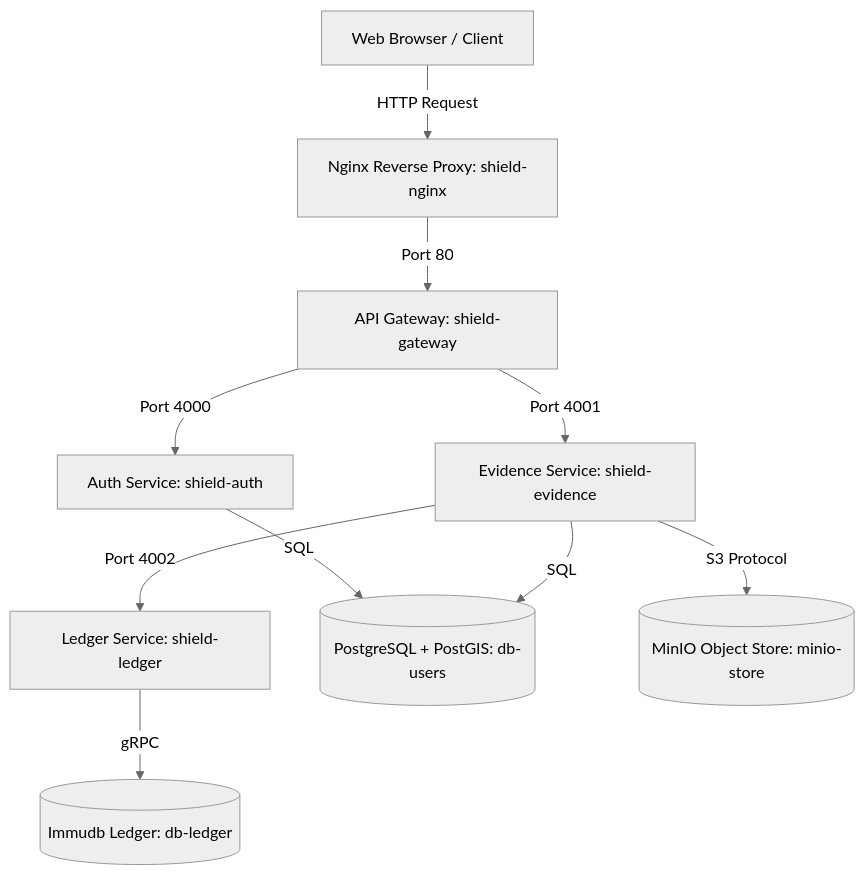
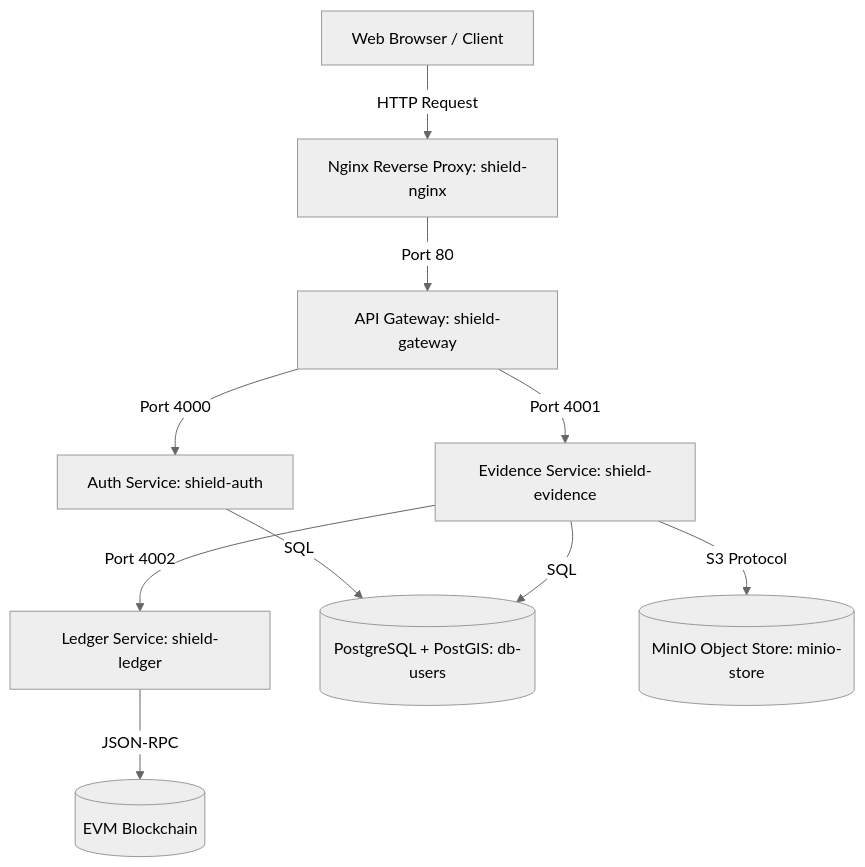
The diagram in DATABASE.md (NotTheAmmar/Shield), drawn with Mermaid (neutral theme) before and after one commit. The commit also changed other lines of this file and 30 other files, not shown here.

````diff
--- a/DATABASE.md
+++ b/DATABASE.md
@@ -7,13 +7,13 @@
 ```mermaid
 graph TD
     Client[Web Browser / Client] -->|HTTP Request| Proxy[Nginx Reverse Proxy: shield-nginx]
     Proxy -->|Port 80| Gateway[API Gateway: shield-gateway]
     Gateway -->|Port 4000| Auth[Auth Service: shield-auth]
     Gateway -->|Port 4001| Evidence[Evidence Service: shield-evidence]
     Evidence -->|Port 4002| Ledger[Ledger Service: shield-ledger]
 
     Auth -->|SQL| Postgres[(PostgreSQL + PostGIS: db-users)]
     Evidence -->|SQL| Postgres
     Evidence -->|S3 Protocol| Minio[(MinIO Object Store: minio-store)]
-    Ledger -->|gRPC| Immudb[(Immudb Ledger: db-ledger)]
+    Ledger -->|JSON-RPC| Blockchain[(EVM Blockchain)]
 ```
````
